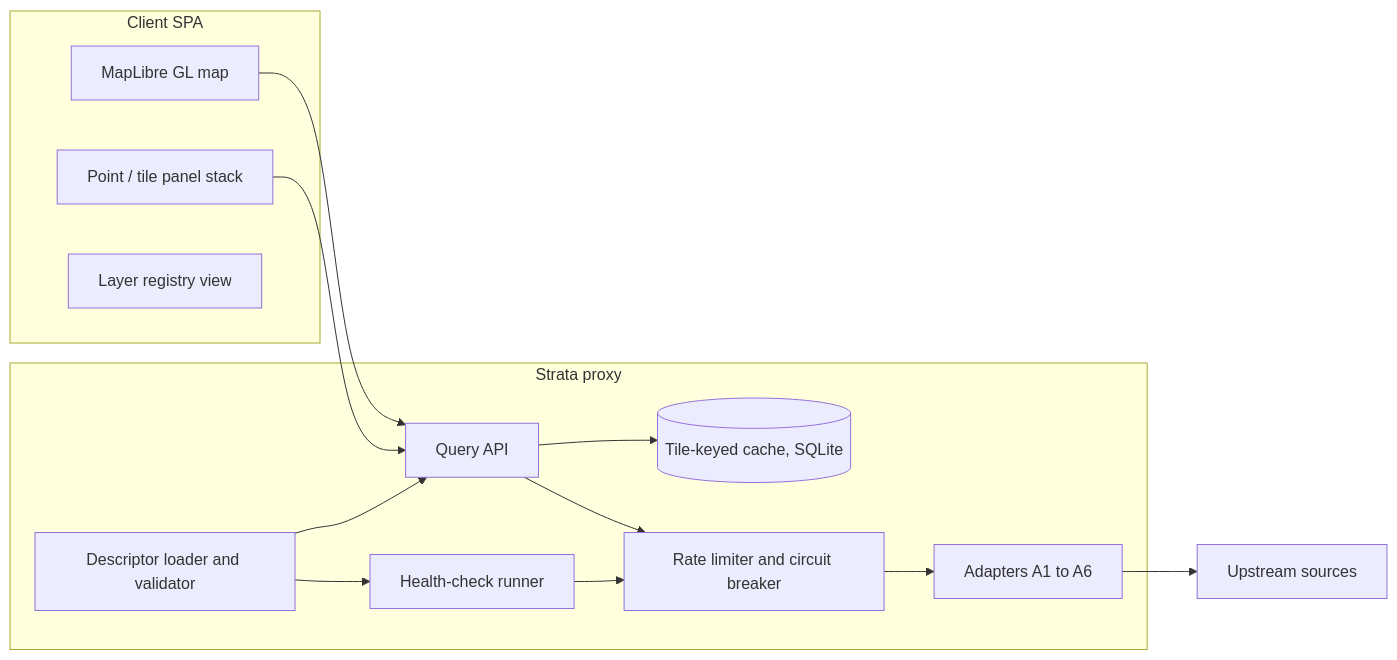
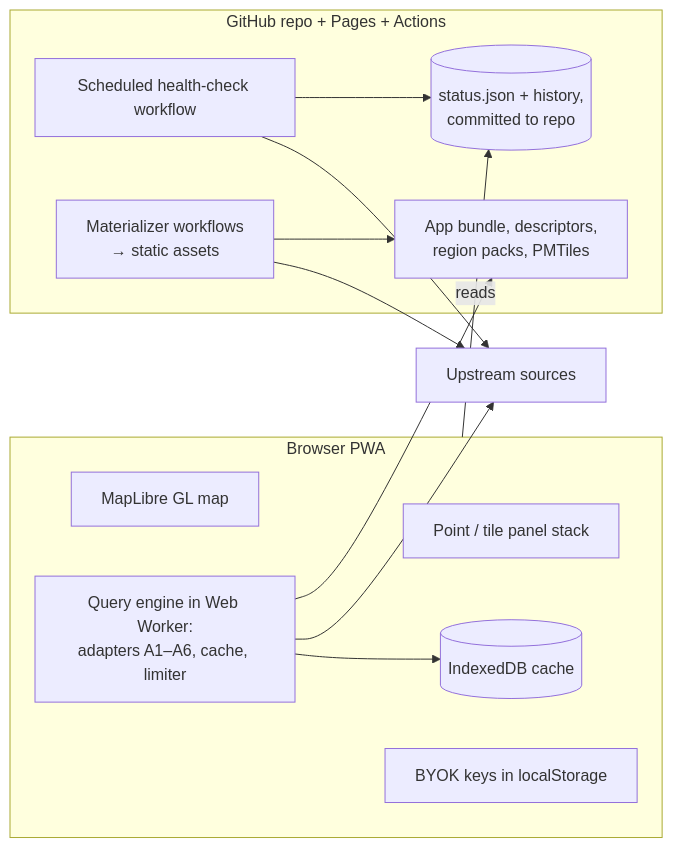
The diagram in docs/plan.md (gergol/strata), drawn with Mermaid before and after one commit. The commit also changed other lines of this file and 2 other files, not shown here.

First line of the commit message:
Revise architecture to client-only; detail Phases 1-4

````diff
--- a/docs/plan.md
+++ b/docs/plan.md
@@ -13,24 +14,25 @@
 ```mermaid
 flowchart LR
-    subgraph client [Client SPA]
+    subgraph browser [Browser PWA]
         MAP[MapLibre GL map]
         PANEL[Point / tile panel stack]
-        REG[Layer registry view]
+        ENG[Query engine in Web Worker:<br/>adapters A1–A6, cache, limiter]
+        IDB[(IndexedDB cache)]
+        KEYS[BYOK keys in localStorage]
     end
-    subgraph proxy [Strata proxy]
-        API[Query API]
-        LIM[Rate limiter and circuit breaker]
-        CACHE[(Tile-keyed cache, SQLite)]
-        AD[Adapters A1 to A6]
-        HEALTH[Health-check runner]
-        DESC[Descriptor loader and validator]
+    subgraph repo [GitHub repo + Pages + Actions]
+        STATIC[App bundle, descriptors,<br/>region packs, PMTiles]
+        HR[Scheduled health-check workflow]
+        STATUS[(status.json + history,<br/>committed to repo)]
+        MAT[Materializer workflows<br/>→ static assets]
     end
     UP[Upstream sources]
-    MAP --> API
-    PANEL --> API
-    API --> CACHE
-    API --> LIM --> AD --> UP
-    HEALTH --> LIM
-    DESC --> API
-    DESC --> HEALTH
+    ENG --> IDB
+    ENG --> UP
+    ENG --> STATIC
+    HR --> UP
+    HR --> STATUS
+    MAT --> UP
+    MAT --> STATIC
+    browser -->|reads| STATUS
 ```
````
